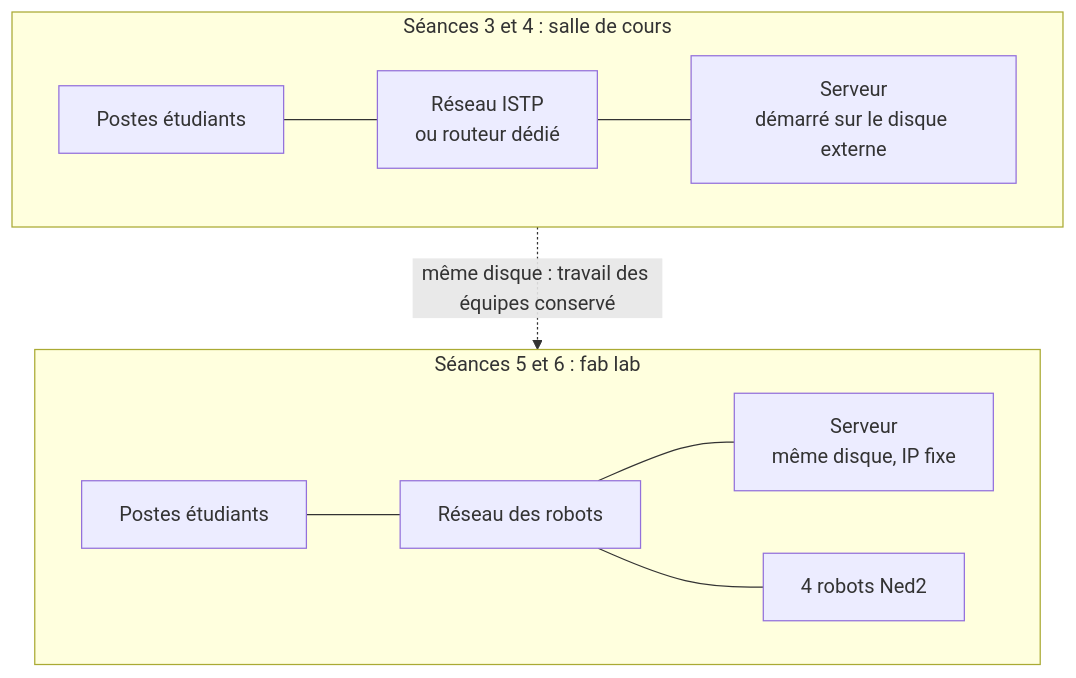
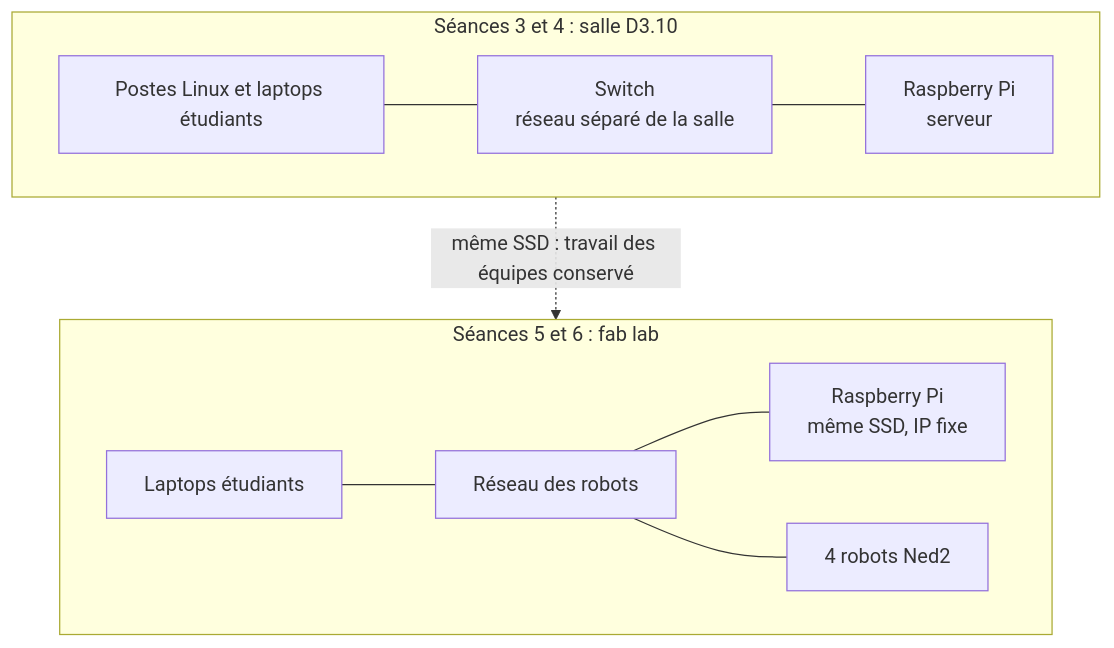
Before and after one commit to fabrice1618/niryo2: the fourth of 4 diagrams in progression_pedagogique/BACHINGE24.md, drawn with Mermaid. The commit also changed other lines of this file and 17 other files, not shown here.

````diff
--- a/progression_pedagogique/BACHINGE24.md
+++ b/progression_pedagogique/BACHINGE24.md
@@ -426,15 +436,15 @@
 ```mermaid
 flowchart TB
-    subgraph SALLE["Séances 3 et 4 : salle de cours"]
+    subgraph SALLE["Séances 3 et 4 : salle D3.10"]
         direction LR
-        PE1["Postes étudiants"] --- R1["Réseau ISTP<br/>ou routeur dédié"]
-        R1 --- SV1["Serveur<br/>démarré sur le disque externe"]
+        PE1["Postes Linux et laptops étudiants"] --- SW1["Switch<br/>réseau séparé de la salle"]
+        SW1 --- SV1["Raspberry Pi<br/>serveur"]
     end
     subgraph FAB["Séances 5 et 6 : fab lab"]
         direction LR
-        PE2["Postes étudiants"] --- R2["Réseau des robots"]
-        R2 --- SV2["Serveur<br/>même disque, IP fixe"]
+        PE2["Laptops étudiants"] --- R2["Réseau des robots"]
+        R2 --- SV2["Raspberry Pi<br/>même SSD, IP fixe"]
         R2 --- ROB["4 robots Ned2"]
     end
-    SALLE -. "même disque : travail des équipes conservé" .-> FAB
+    SALLE -. "même SSD : travail des équipes conservé" .-> FAB
 ```
````
